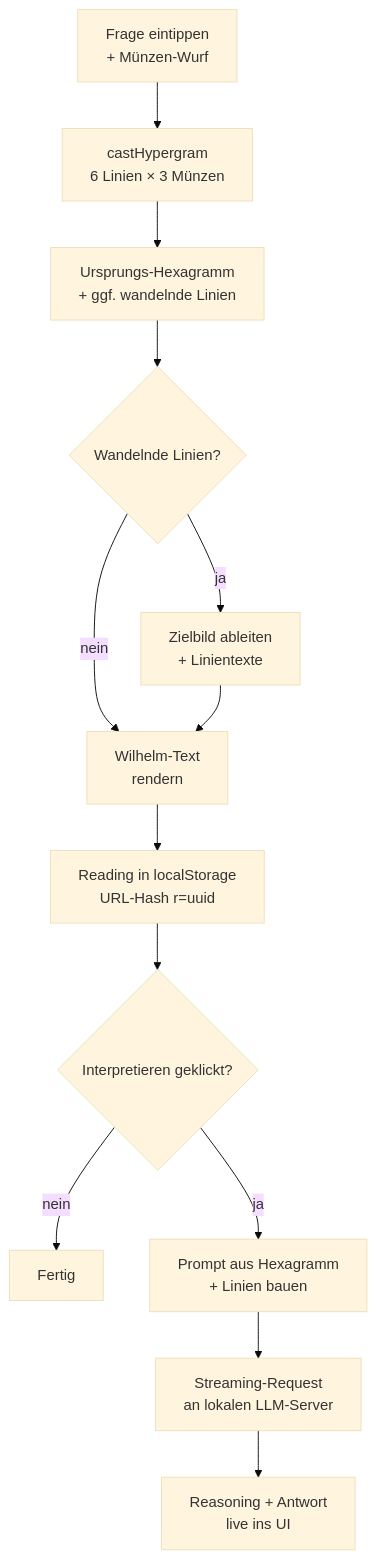
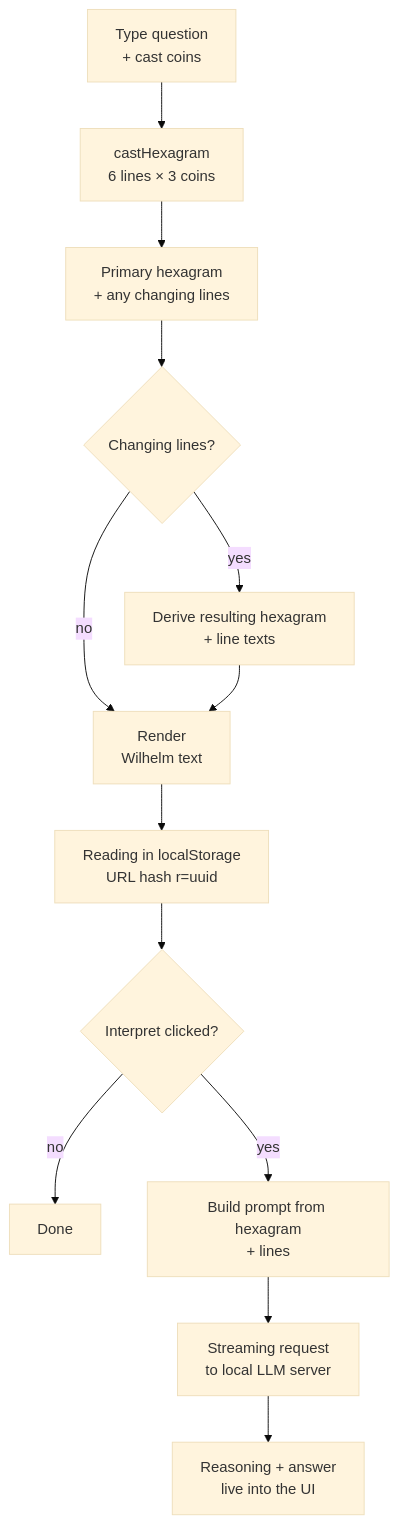
The diagram in README.md (johannes-kaindl/yijing), drawn with Mermaid (base theme) before and after one commit. The commit also changed other lines of this file and 4 other files, not shown here.

````diff
--- a/README.md
+++ b/README.md
@@ -178,15 +178,15 @@
 ```mermaid
 flowchart TD
-    A["Frage eintippen<br/>+ Münzen-Wurf"] --> B["castHypergram<br/>6 Linien × 3 Münzen"]
-    B --> C["Ursprungs-Hexagramm<br/>+ ggf. wandelnde Linien"]
-    C --> D{"Wandelnde Linien?"}
-    D -->|nein| E["Wilhelm-Text<br/>rendern"]
-    D -->|ja| F["Zielbild ableiten<br/>+ Linientexte"]
+    A["Type question<br/>+ cast coins"] --> B["castHexagram<br/>6 lines × 3 coins"]
+    B --> C["Primary hexagram<br/>+ any changing lines"]
+    C --> D{"Changing lines?"}
+    D -->|no| E["Render<br/>Wilhelm text"]
+    D -->|yes| F["Derive resulting hexagram<br/>+ line texts"]
     F --> E
-    E --> G["Reading in localStorage<br/>URL-Hash r=uuid"]
-    G --> H{"Interpretieren geklickt?"}
-    H -->|nein| Z["Fertig"]
-    H -->|ja| I["Prompt aus Hexagramm<br/>+ Linien bauen"]
-    I --> J["Streaming-Request<br/>an lokalen LLM-Server"]
-    J --> K["Reasoning + Antwort<br/>live ins UI"]
+    E --> G["Reading in localStorage<br/>URL hash r=uuid"]
+    G --> H{"Interpret clicked?"}
+    H -->|no| Z["Done"]
+    H -->|yes| I["Build prompt from hexagram<br/>+ lines"]
+    I --> J["Streaming request<br/>to local LLM server"]
+    J --> K["Reasoning + answer<br/>live into the UI"]
 ```
````
